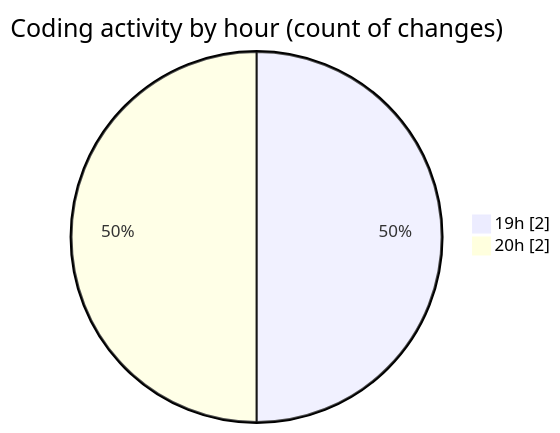
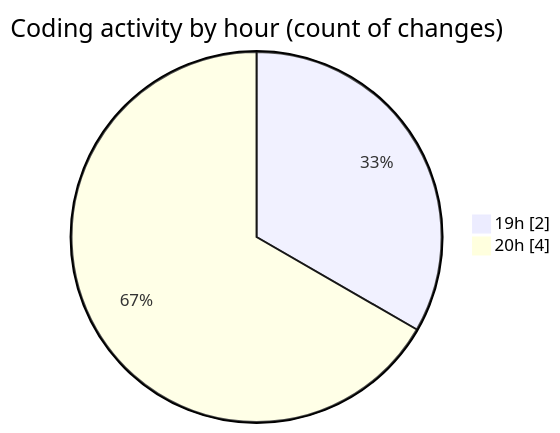
Before and after one commit to ricardozamudiocil/code-tracking: the second of 2 diagrams in 2026-03-01/cilwebcustomercomunication/README.md, drawn with Mermaid. The commit also changed other lines of this file and 1 other file, not shown here.

````diff
--- a/2026-03-01/cilwebcustomercomunication/README.md
+++ b/2026-03-01/cilwebcustomercomunication/README.md
@@ -28,6 +29,6 @@
 ```mermaid
 pie showData
 title Coding activity by hour (count of changes)
 "19h" : 2
-"20h" : 2
+"20h" : 4
 ```
````
